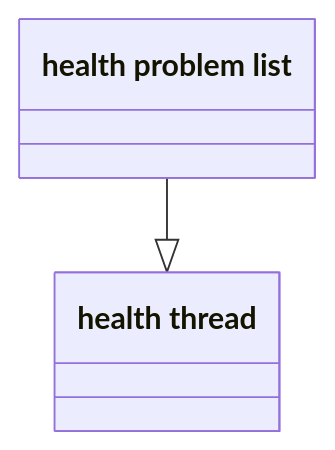
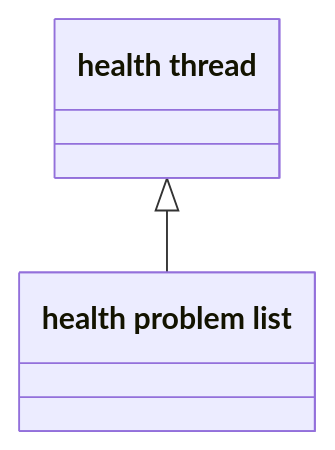
Diagram 15 of 22 in hierarchies.md (oughnic/ContSys-2025-DIS2-SVGs), drawn with Mermaid before and after one commit. The commit also changed other lines of this file, not shown here.

````diff
--- a/hierarchies.md
+++ b/hierarchies.md
@@ -329,9 +343,10 @@
 ```mermaid
 classDiagram
+    direction BT
     class 3ed9937d-d711-4b45-8e2f-24aff2fbb98e ["health thread"]
     
     class 653143ec-e071-446b-a373-de0107056c4e ["health problem list"]
     
     653143ec-e071-446b-a373-de0107056c4e --|> 3ed9937d-d711-4b45-8e2f-24aff2fbb98e
 
 ```
````
